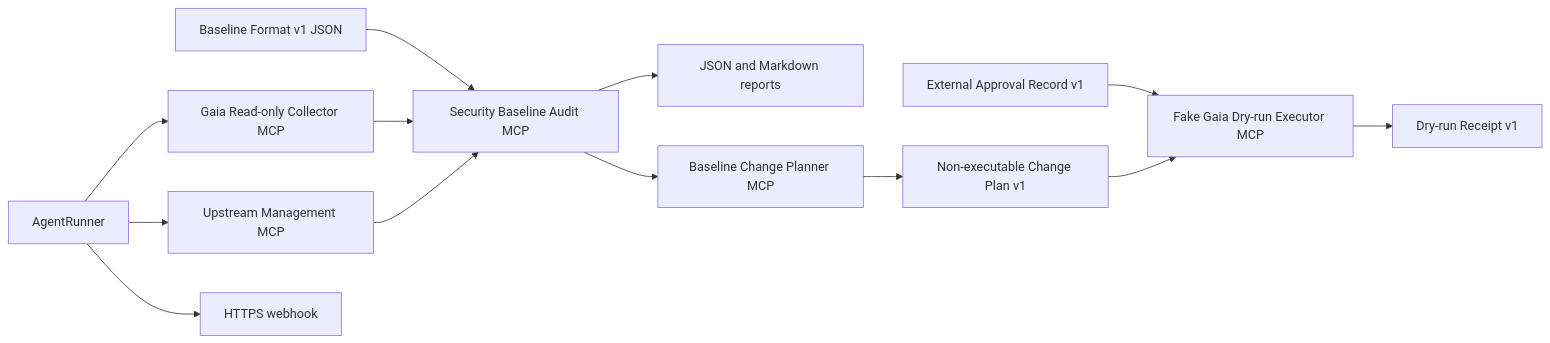
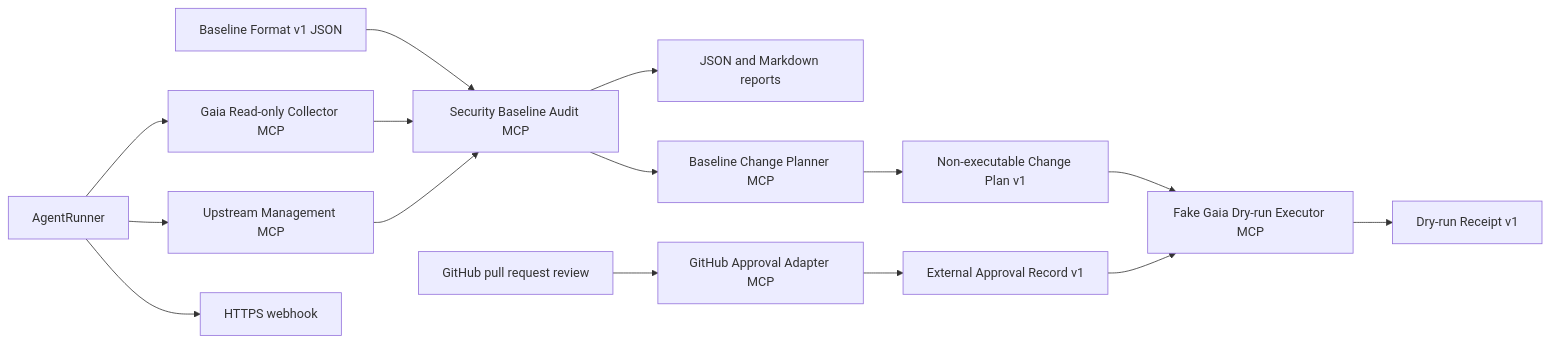
One commit to focuslight-nr/mcp-servers changed the diagram in docs/experimental-baseline-audit-extension.md. Above: the diagram before and after it, drawn with Mermaid. The commit also changed other lines of this file and 24 other files, not shown here.

Commit message:
Add GitHub PR approval adapter (#6)

````diff
--- a/docs/experimental-baseline-audit-extension.md
+++ b/docs/experimental-baseline-audit-extension.md
@@ -22,15 +22,17 @@
 ```mermaid
 flowchart LR
   Baseline[Baseline Format v1 JSON] --> Audit[Security Baseline Audit MCP]
   Runner[AgentRunner] --> Collector[Gaia Read-only Collector MCP]
   Runner --> Management[Upstream Management MCP]
   Collector --> Audit[Security Baseline Audit MCP]
   Management --> Audit
   Audit --> Reports[JSON and Markdown reports]
   Audit --> Planner[Baseline Change Planner MCP]
   Planner --> Proposal[Non-executable Change Plan v1]
-  Approval[External Approval Record v1] --> FakeExecutor[Fake Gaia Dry-run Executor MCP]
+  GitHubPR[GitHub pull request review] --> Adapter[GitHub Approval Adapter MCP]
+  Adapter --> Approval[External Approval Record v1]
+  Approval --> FakeExecutor[Fake Gaia Dry-run Executor MCP]
   Proposal --> FakeExecutor
   FakeExecutor --> Receipt[Dry-run Receipt v1]
   Runner --> Notify[HTTPS webhook]
 ```
````
